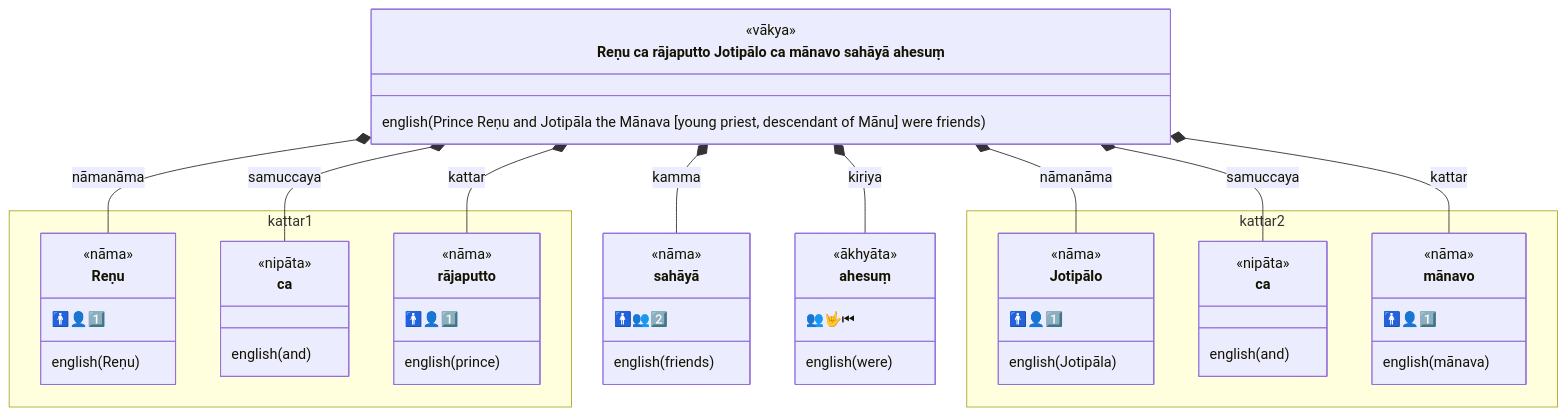
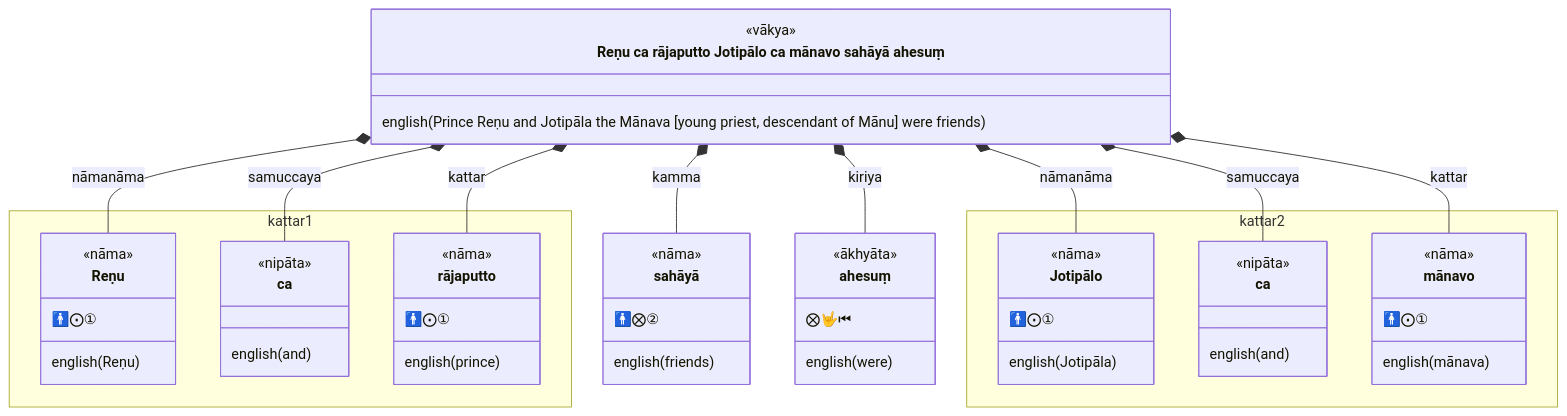
The ninth of 60 diagrams in content/en/docs/Pali/sentences.md (ChristineTham/buddhavacana), drawn with Mermaid before and after one commit. The commit also changed other lines of this file and 71 other files, not shown here.

````diff
--- a/content/en/docs/Pali/sentences.md
+++ b/content/en/docs/Pali/sentences.md
@@ -275,57 +275,57 @@
 ```mermaid
 classDiagram
   class sentence["Reṇu ca rājaputto Jotipālo ca mānavo sahāyā ahesuṃ"] {
     <<vākya>>
     english(Prince Reṇu and Jotipāla the Mānava [young priest, descendant of Mānu] were friends)
   }
   namespace kattar1 {
     class Reṇu {
       <<nāma>>
-      🚹👤1️⃣
+      🚹⨀①
       english(Reṇu)
     }
     class ca1["ca"] {
       <<nipāta>>
       english(and)
     }
     class rājaputto {
       <<nāma>>
-      🚹👤1️⃣
+      🚹⨀①
       english(prince)
     }
   }
   namespace kattar2 {
     class Jotipālo {
       <<nāma>>
-      🚹👤1️⃣
+      🚹⨀①
       english(Jotipāla)
     }
     class ca2["ca"] {
       <<nipāta>>
       english(and)
     }
     class mānavo {
       <<nāma>>
-      🚹👤1️⃣
+      🚹⨀①
       english(mānava)
     }
   }
   class sahāyā {
     <<nāma>>
-    🚹👥2️⃣
+    🚹⨂②
     english(friends)
   }
   class ahesuṃ {
     <<ākhyāta>>
-     👥🤟⏮
+     ⨂🤟⏮
     english(were)
   }
   sentence *-- Reṇu : nāmanāma
   sentence *-- ca1 : samuccaya
   sentence *-- rājaputto : kattar
   sentence *-- Jotipālo : nāmanāma
   sentence *-- ca2 : samuccaya
   sentence *-- mānavo : kattar
   sentence *-- sahāyā : kamma
   sentence *-- ahesuṃ: kiriya
 ```
````
